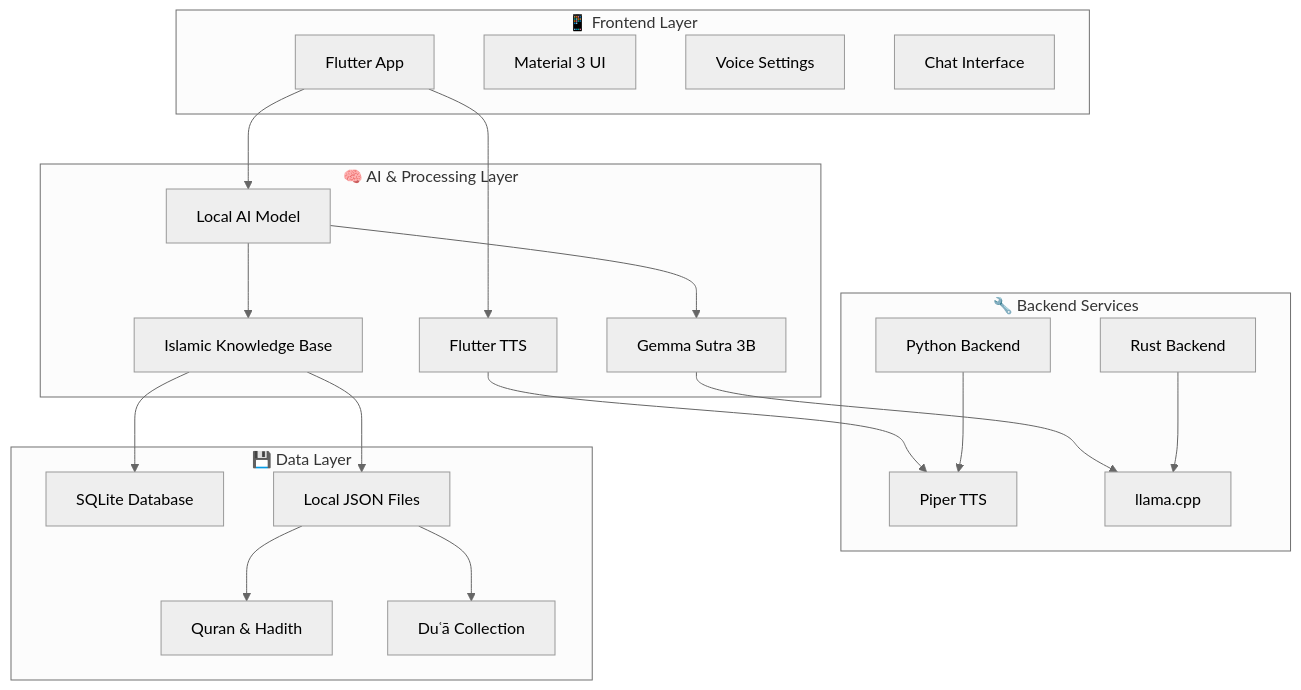
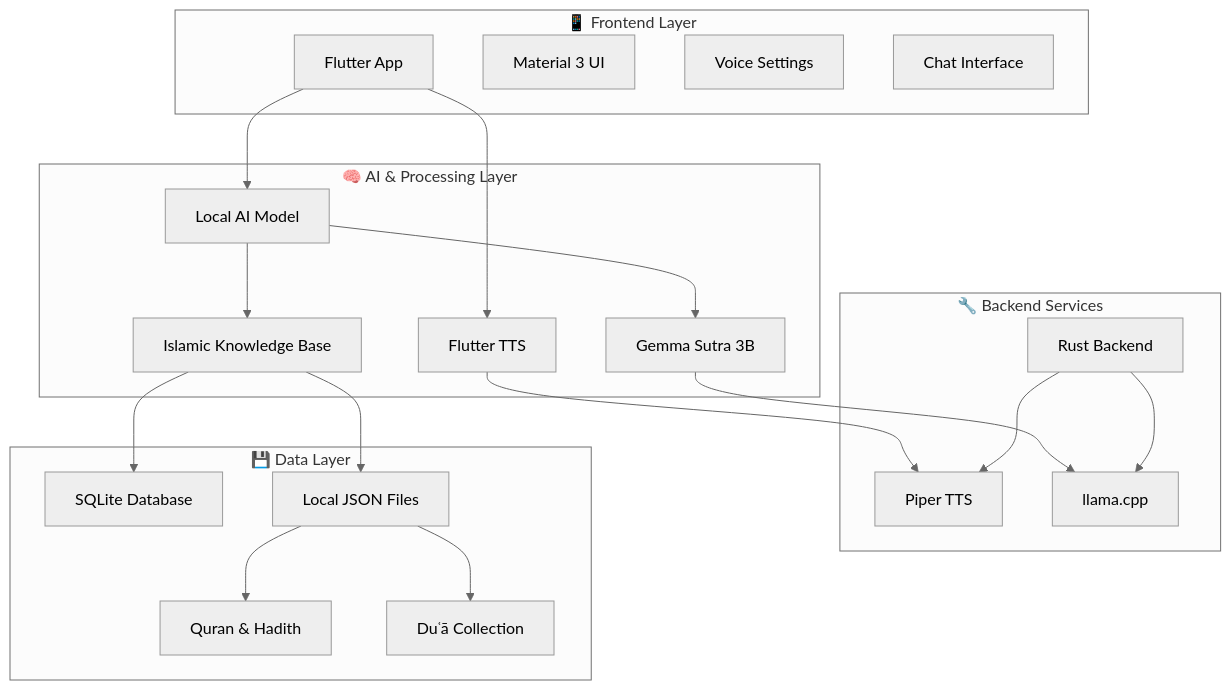
Before and after one commit to ben-kodbiz/akhi: the diagram in README.md, drawn with Mermaid (neutral theme). The commit also changed other lines of this file and 4 other files, not shown here.

Commit message:
Remove Python backend folder and references, using Rust backend only

````diff
--- a/README.md
+++ b/README.md
@@ -19,43 +19,42 @@
 ```mermaid
 graph TB
     subgraph "📱 Frontend Layer"
         A[Flutter App]
         B[Material 3 UI]
         C[Voice Settings]
         D[Chat Interface]
     end
     
     subgraph "🧠 AI & Processing Layer"
         E[Flutter TTS]
         F[Local AI Model]
         G[Gemma Sutra 3B]
         H[Islamic Knowledge Base]
     end
     
     subgraph "🔧 Backend Services"
         I[Rust Backend]
-        J[Python Backend]
         K[Piper TTS]
         L[llama.cpp]
     end
     
     subgraph "💾 Data Layer"
         M[SQLite Database]
         N[Local JSON Files]
         O[Quran & Hadith]
         P[Duʿā Collection]
     end
     
     A --> E
     A --> F
     E --> K
     F --> G
     G --> L
     I --> L
-    J --> K
+    I --> K
     F --> H
     H --> M
     H --> N
     N --> O
     N --> P
 ```
````
